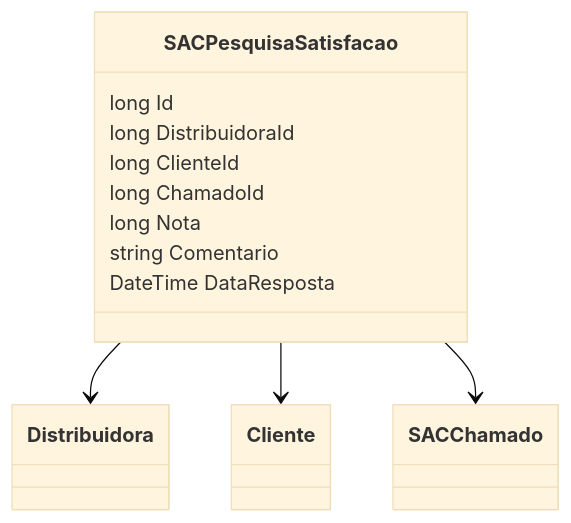
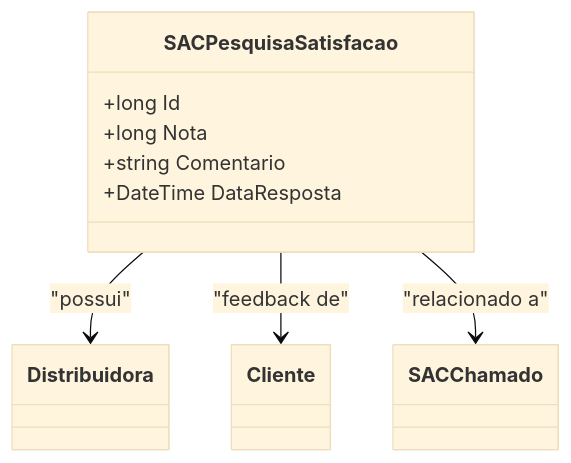
One commit to IsthmusSistemas/documentacao-tecnica changed the diagram in docs/b2b-dominio/IsthmusWinthor.Nucleo/IsthmusWinthor.Dominio/Entidades/SACPesquisaSatisfacao.md. Above: the diagram before and after it, drawn with Mermaid (base theme). The commit also changed other lines of this file and 882 other files, not shown here.

````diff
--- a/docs/b2b-dominio/IsthmusWinthor.Nucleo/IsthmusWinthor.Dominio/Entidades/SACPesquisaSatisfacao.md
+++ b/docs/b2b-dominio/IsthmusWinthor.Nucleo/IsthmusWinthor.Dominio/Entidades/SACPesquisaSatisfacao.md
@@ -23,25 +23,17 @@
 ```mermaid
 classDiagram
     class SACPesquisaSatisfacao {
-        long Id
-        long DistribuidoraId
-        long ClienteId
-        long ChamadoId
-        long Nota
-        string Comentario
-        DateTime DataResposta
+        +long Id
+        +long Nota
+        +string Comentario
+        +DateTime DataResposta
     }
     
-    class Distribuidora {
-    }
+    class Distribuidora
+    class Cliente
+    class SACChamado
 
-    class Cliente {
-    }
-
-    class SACChamado {
-    }
-
-    SACPesquisaSatisfacao --> Distribuidora
-    SACPesquisaSatisfacao --> Cliente
-    SACPesquisaSatisfacao --> SACChamado
+    SACPesquisaSatisfacao --> Distribuidora : "possui"
+    SACPesquisaSatisfacao --> Cliente : "feedback de"
+    SACPesquisaSatisfacao --> SACChamado : "relacionado a"
 ```
````
